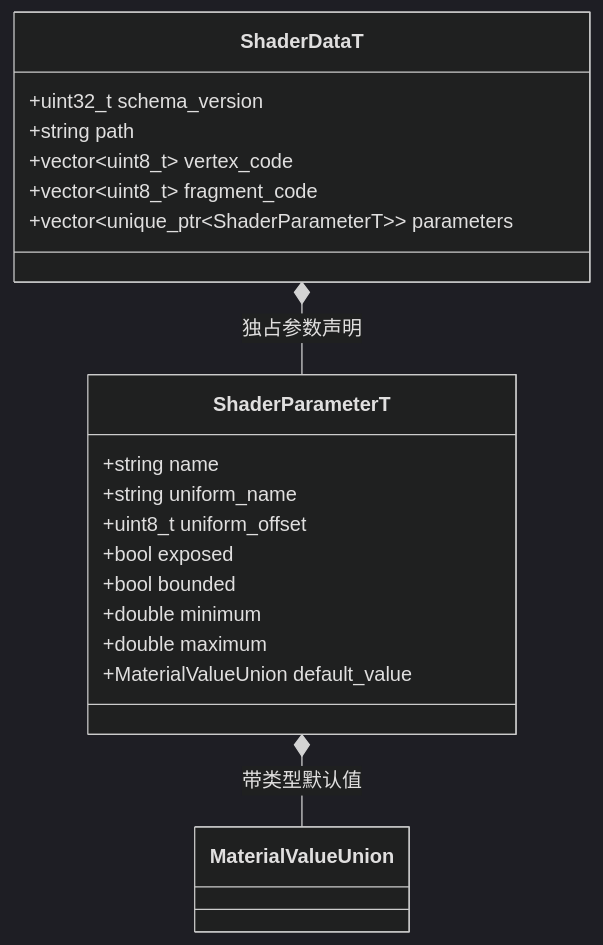
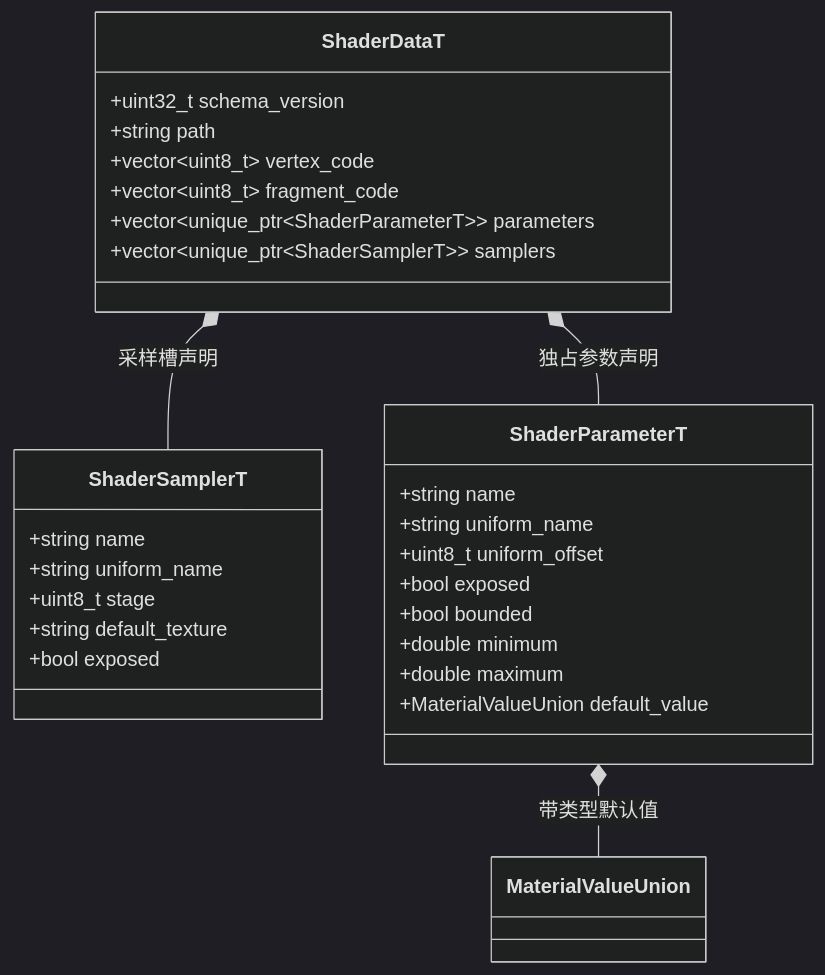
Before and after one commit to lcals/Engine: the fourth of 6 diagrams in docs/runtime/class-diagrams/scene-data.md, drawn with Mermaid (dark theme). The commit also changed other lines of this file and 125 other files, not shown here.

````diff
--- a/docs/runtime/class-diagrams/scene-data.md
+++ b/docs/runtime/class-diagrams/scene-data.md
@@ -90,23 +104,32 @@
 ```mermaid
 classDiagram
     class ShaderDataT {
         +uint32_t schema_version
         +string path
         +vector~uint8_t~ vertex_code
         +vector~uint8_t~ fragment_code
         +vector~unique_ptr~ShaderParameterT~~ parameters
+        +vector~unique_ptr~ShaderSamplerT~~ samplers
     }
+    class ShaderSamplerT {
+        +string name
+        +string uniform_name
+        +uint8_t stage
+        +string default_texture
+        +bool exposed
+    }
+    ShaderDataT *-- ShaderSamplerT : 采样槽声明
     class ShaderParameterT {
         +string name
         +string uniform_name
         +uint8_t uniform_offset
         +bool exposed
         +bool bounded
         +double minimum
         +double maximum
         +MaterialValueUnion default_value
     }
     class MaterialValueUnion
     ShaderDataT *-- ShaderParameterT : 独占参数声明
     ShaderParameterT *-- MaterialValueUnion : 带类型默认值
 ```
````
